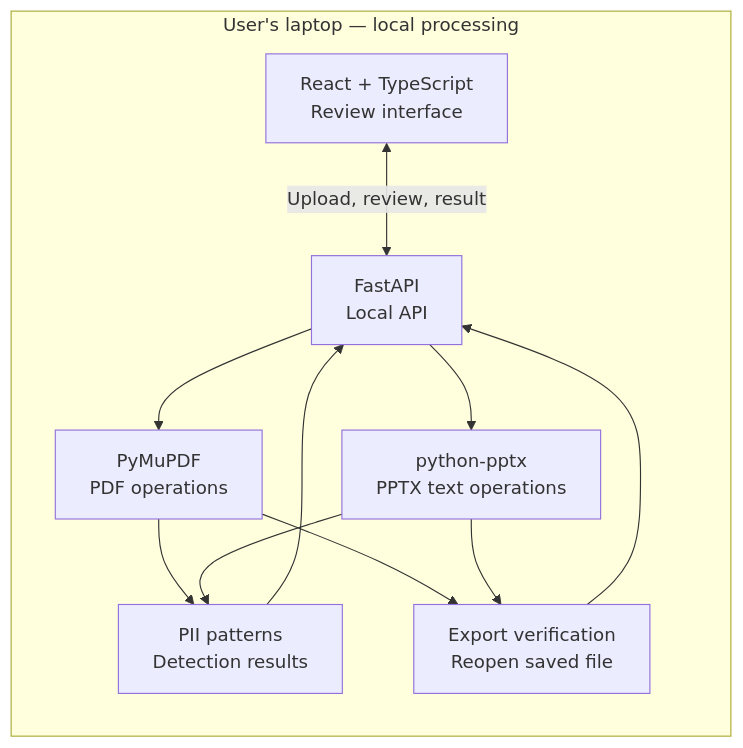
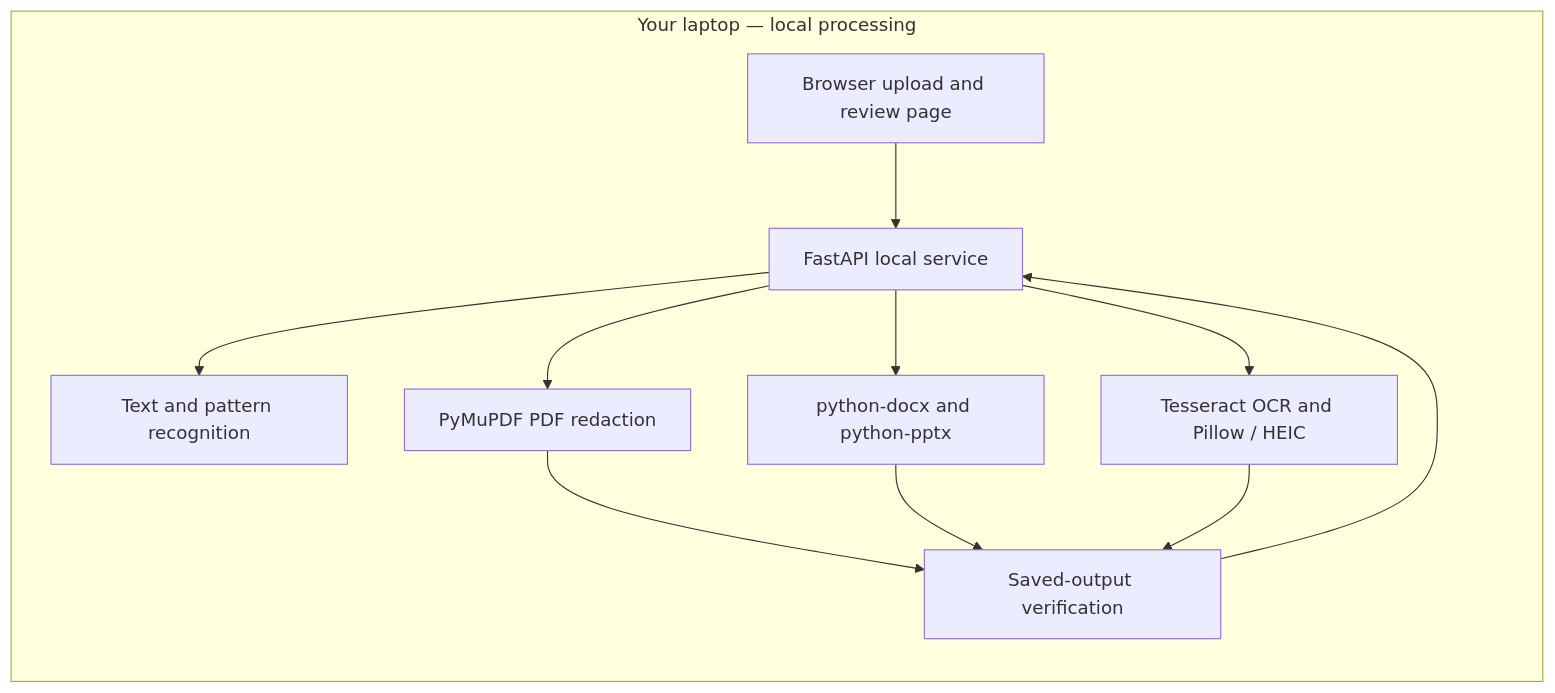
Before and after one commit to krutharth-dev/ShareShield: the second of 2 diagrams in README.md, drawn with Mermaid. The commit also changed other lines of this file, not shown here.

Commit message:
docs: update README with multi-format upload workflow and local architecture

````diff
--- a/README.md
+++ b/README.md
@@ -61,20 +54,14 @@
-```mermaid
+~~~mermaid
 flowchart LR
-    subgraph Device["User's laptop — local processing"]
-        UI["React + TypeScript<br/>Review interface"]
-        API["FastAPI<br/>Local API"]
-        PDF["PyMuPDF<br/>PDF operations"]
-        PPT["python-pptx<br/>PPTX text operations"]
-        DET["PII patterns<br/>Detection results"]
-        V["Export verification<br/>Reopen saved file"]
+    subgraph Laptop[Your laptop — local processing]
+        UI[Browser upload and review page] --> API[FastAPI local service]
+        API --> R[Text and pattern recognition]
+        API --> OCR[Tesseract OCR and Pillow / HEIC]
+        API --> PDF[PyMuPDF PDF redaction]
+        API --> DOC[python-docx and python-pptx]
+        PDF --> V[Saved-output verification]
+        DOC --> V
+        OCR --> V
+        V --> API
     end
-    UI <-->|"Upload, review, result"| API
-    API --> PDF
-    API --> PPT
-    PDF --> DET
-    PPT --> DET
-    DET --> API
-    PDF --> V
-    PPT --> V
-    V --> API
-```
+~~~
````
